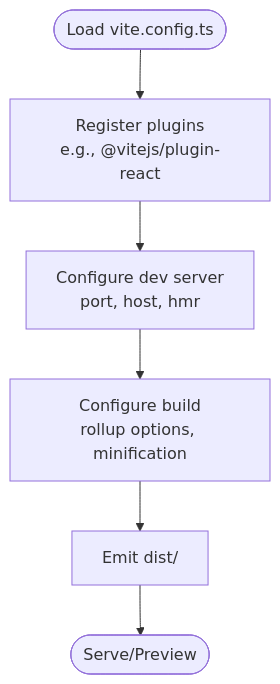
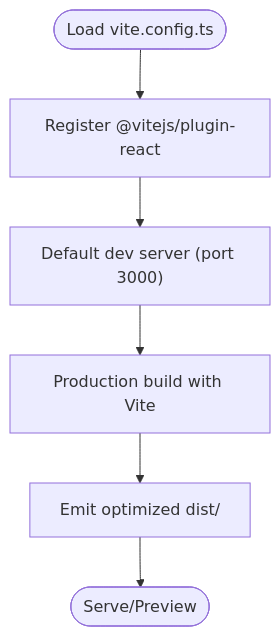
One commit to Anna0314zy/ai_editor_enginer changed the second of 8 diagrams in .qoder/repowiki/en/content/Build and Development.md. Above: the diagram before and after it, drawn with Mermaid. The commit also changed other lines of this file and 41 other files, not shown here.

````diff
--- a/.qoder/repowiki/en/content/Build and Development.md
+++ b/.qoder/repowiki/en/content/Build and Development.md
@@ -179,8 +108,8 @@
 ```mermaid
 flowchart TD
-Start(["Load vite.config.ts"]) --> Plugins["Register plugins<br/>e.g., @vitejs/plugin-react"]
-Plugins --> DevServer["Configure dev server<br/>port, host, hmr"]
-DevServer --> Build["Configure build<br/>rollup options, minification"]
-Build --> Output["Emit dist/<assets>"]
+Start(["Load vite.config.ts"]) --> Plugins["Register @vitejs/plugin-react"]
+Plugins --> DevServer["Default dev server (port 3000)"]
+DevServer --> Build["Production build with Vite"]
+Build --> Output["Emit optimized dist/<assets>"]
 Output --> End(["Serve/Preview"])
 ```
````
